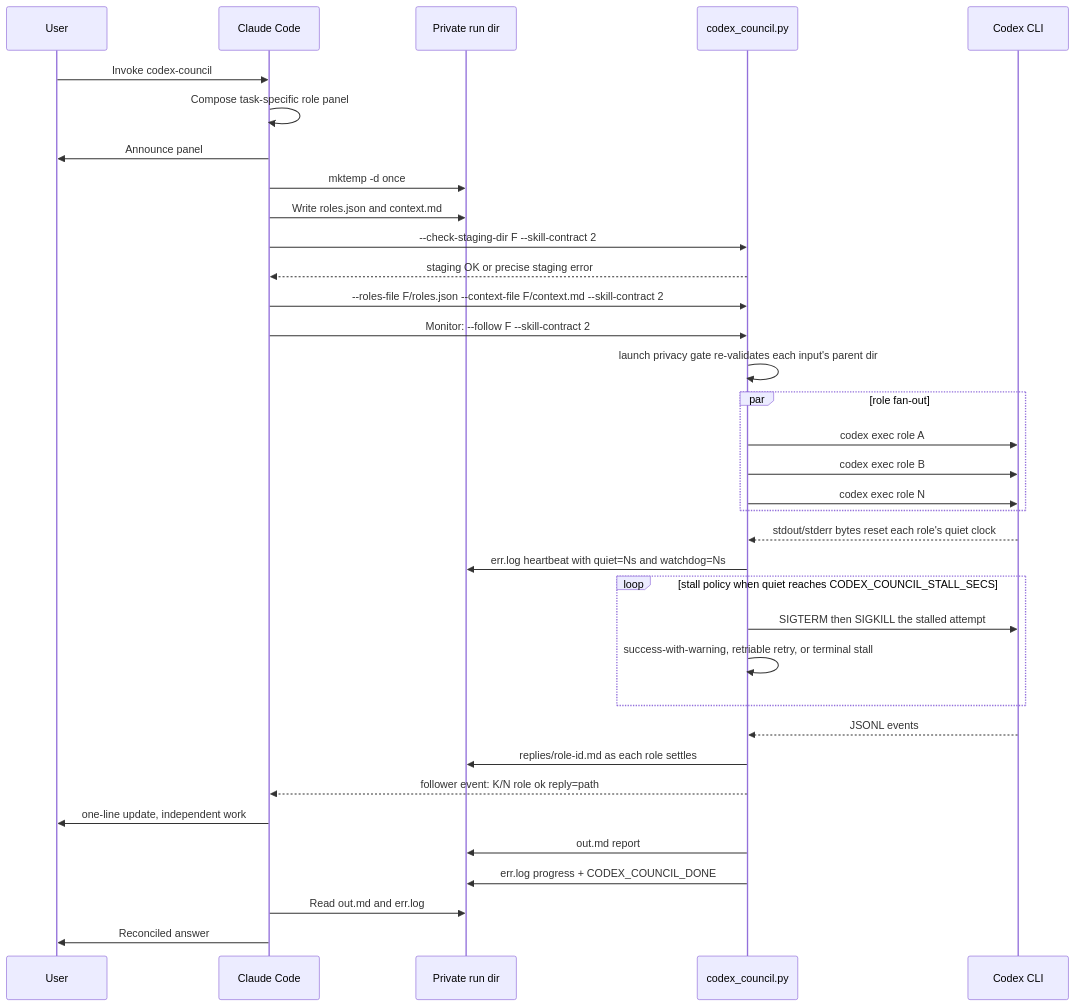
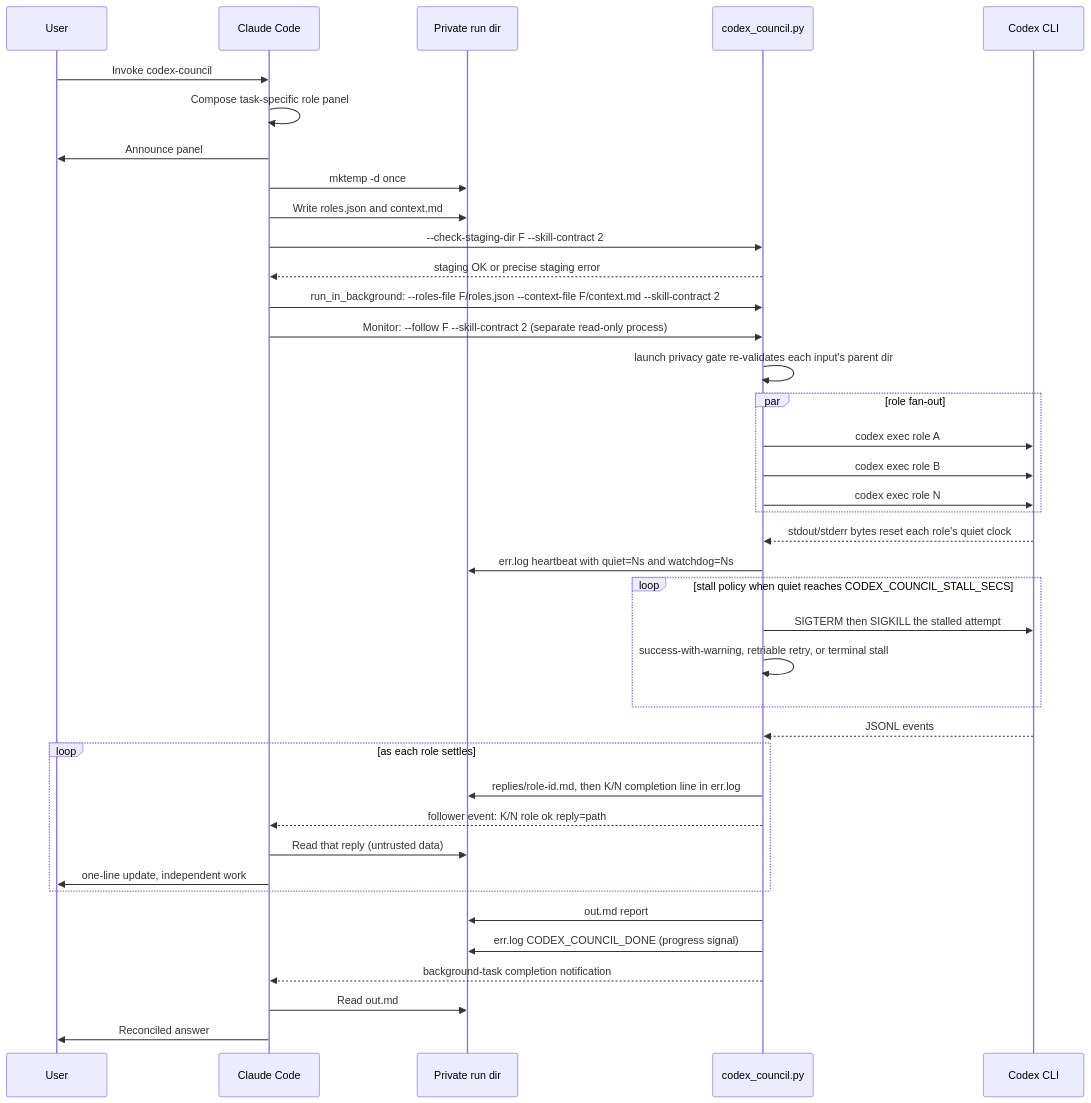
Before and after one commit to ehzawad/codex-council: the second of 3 diagrams in README.md, drawn with Mermaid. The commit also changed other lines of this file and 1 other file, not shown here.

Commit message:
Refresh README/DESIGN diagrams for v0.10.0: follower, reply files, per-role model/effort, task-notification finalization

````diff
--- a/README.md
+++ b/README.md
@@ -164,38 +166,42 @@
 ```mermaid
 sequenceDiagram
     participant U as User
     participant C as Claude Code
     participant F as Private run dir
     participant S as codex_council.py
     participant X as Codex CLI
 
     U->>C: Invoke codex-council
     C->>C: Compose task-specific role panel
     C->>U: Announce panel
     C->>F: mktemp -d once
     C->>F: Write roles.json and context.md
     C->>S: --check-staging-dir F --skill-contract 2
     S-->>C: staging OK or precise staging error
-    C->>S: --roles-file F/roles.json --context-file F/context.md --skill-contract 2
-    C->>S: Monitor: --follow F --skill-contract 2
+    C->>S: run_in_background: --roles-file F/roles.json --context-file F/context.md --skill-contract 2
+    C->>S: Monitor: --follow F --skill-contract 2 (separate read-only process)
     S->>S: launch privacy gate re-validates each input's parent dir
     par role fan-out
         S->>X: codex exec role A
         S->>X: codex exec role B
         S->>X: codex exec role N
     end
     X-->>S: stdout/stderr bytes reset each role's quiet clock
     S->>F: err.log heartbeat with quiet=Ns and watchdog=Ns
     loop stall policy when quiet reaches CODEX_COUNCIL_STALL_SECS
         S->>X: SIGTERM then SIGKILL the stalled attempt
         S->>S: success-with-warning, retriable retry, or terminal stall
     end
     X-->>S: JSONL events
-    S->>F: replies/role-id.md as each role settles
-    S-->>C: follower event: K/N role ok reply=path
-    C->>U: one-line update, independent work
+    loop as each role settles
+        S->>F: replies/role-id.md, then K/N completion line in err.log
+        S-->>C: follower event: K/N role ok reply=path
+        C->>F: Read that reply (untrusted data)
+        C->>U: one-line update, independent work
+    end
     S->>F: out.md report
-    S->>F: err.log progress + CODEX_COUNCIL_DONE
-    C->>F: Read out.md and err.log
+    S->>F: err.log CODEX_COUNCIL_DONE (progress signal)
+    S-->>C: background-task completion notification
+    C->>F: Read out.md
     C->>U: Reconciled answer
 ```
````
